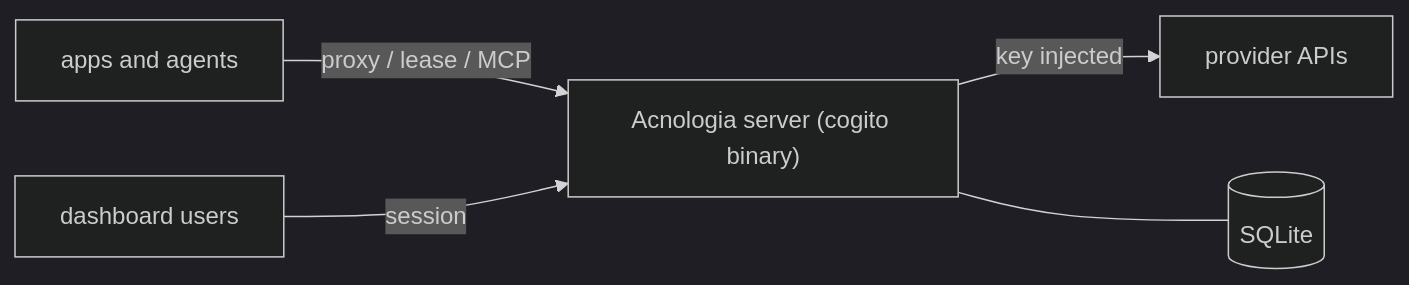
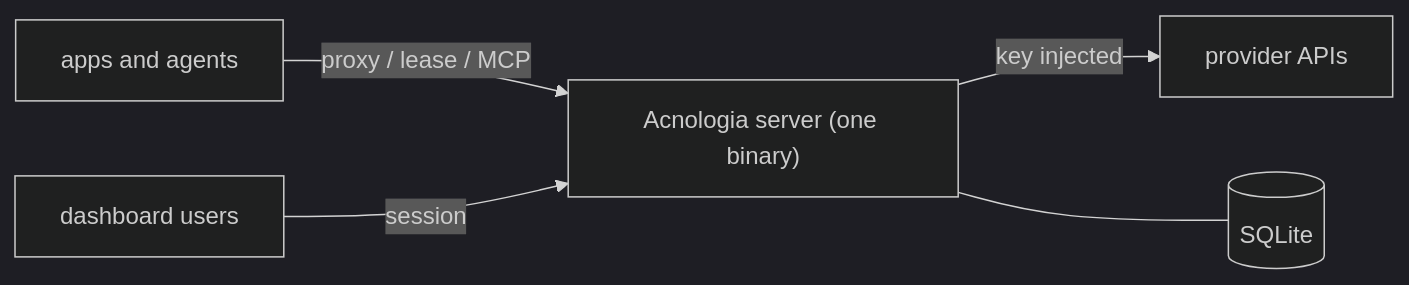
One commit to sidharthpunathil/acnologia changed the diagram in docs/README.md. Above: the diagram before and after it, drawn with Mermaid (dark theme). The commit also changed other lines of this file and 43 other files, not shown here.

````diff
--- a/docs/README.md
+++ b/docs/README.md
@@ -17,7 +17,7 @@
 ```mermaid
 flowchart LR
-    Apps["apps and agents"] -->|"proxy / lease / MCP"| Acnologia["Acnologia server (cogito binary)"]
+    Apps["apps and agents"] -->|"proxy / lease / MCP"| Acnologia["Acnologia server (one binary)"]
     Admins["dashboard users"] -->|"session"| Acnologia
     Acnologia -->|"key injected"| Providers["provider APIs"]
     Acnologia --- DB[("SQLite")]
 ```
````
